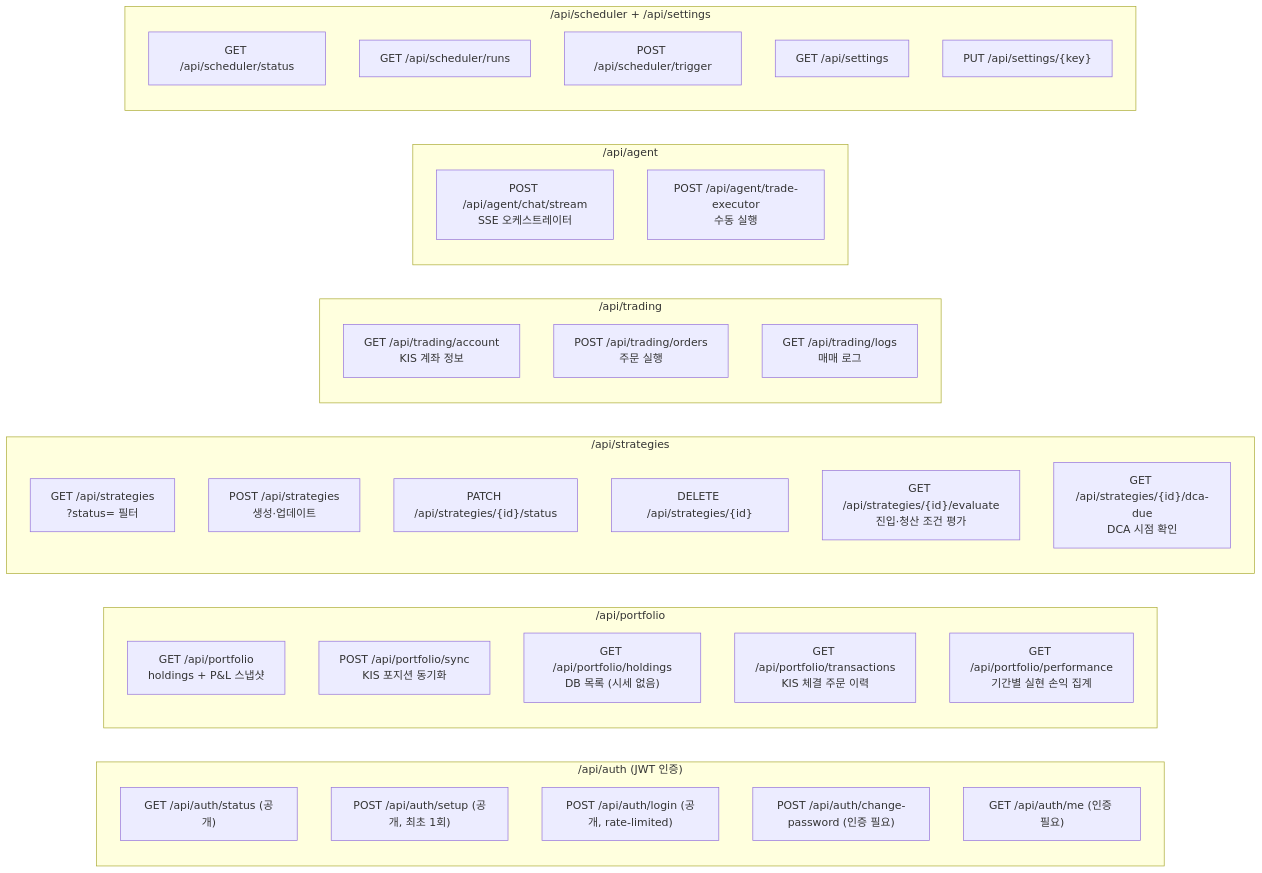
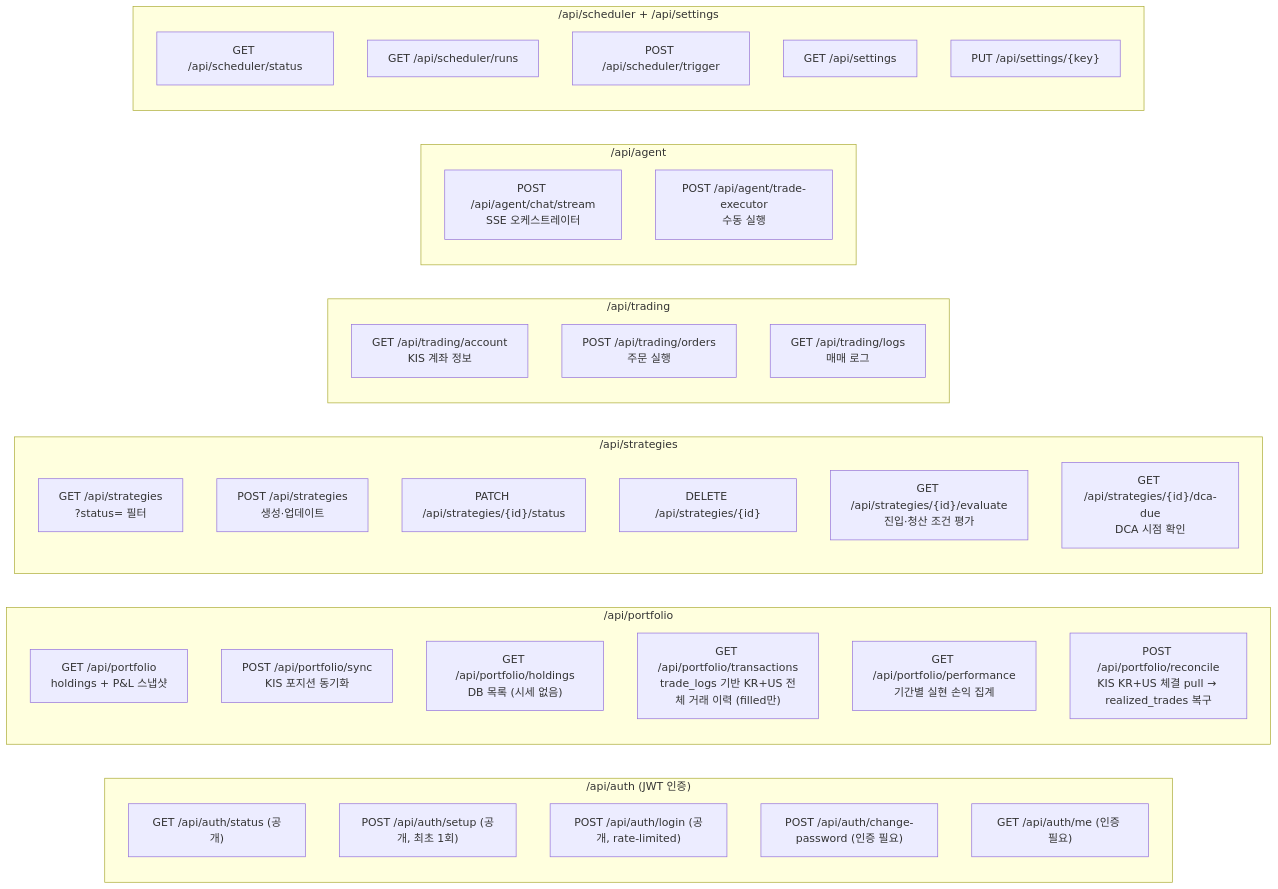
One commit to yogurt-c/auto-trading changed the fourth of 5 diagrams in .claude/docs/architecture-ddd.md. Above: the diagram before and after it, drawn with Mermaid. The commit also changed 21 other files, not shown here.

First line of the commit message:
Feat: KIS 체결 내역 기반 realized_trades 복구(reconcile) 기능 추가

````diff
--- a/.claude/docs/architecture-ddd.md
+++ b/.claude/docs/architecture-ddd.md
@@ -162,46 +162,47 @@
 ```mermaid
 graph LR
     subgraph auth["/api/auth (JWT 인증)"]
         AU1["GET /api/auth/status (공개)"]
         AU2["POST /api/auth/setup (공개, 최초 1회)"]
         AU3["POST /api/auth/login (공개, rate-limited)"]
         AU4["POST /api/auth/change-password (인증 필요)"]
         AU5["GET /api/auth/me (인증 필요)"]
     end
 
     subgraph portfolio["/api/portfolio"]
         P1["GET /api/portfolio<br/>holdings + P&L 스냅샷"]
         P2["POST /api/portfolio/sync<br/>KIS 포지션 동기화"]
         P3["GET /api/portfolio/holdings<br/>DB 목록 (시세 없음)"]
-        P4["GET /api/portfolio/transactions<br/>KIS 체결 주문 이력"]
+        P4["GET /api/portfolio/transactions<br/>trade_logs 기반 KR+US 전체 거래 이력 (filled만)"]
         P5["GET /api/portfolio/performance<br/>기간별 실현 손익 집계"]
+        P6["POST /api/portfolio/reconcile<br/>KIS KR+US 체결 pull → realized_trades 복구"]
     end
 
     subgraph strategies["/api/strategies"]
         S1["GET /api/strategies<br/>?status= 필터"]
         S2["POST /api/strategies<br/>생성·업데이트"]
         S3["PATCH /api/strategies/{id}/status"]
         S4["DELETE /api/strategies/{id}"]
         S5["GET /api/strategies/{id}/evaluate<br/>진입·청산 조건 평가"]
         S6["GET /api/strategies/{id}/dca-due<br/>DCA 시점 확인"]
     end
 
     subgraph trading["/api/trading"]
         T1["GET /api/trading/account<br/>KIS 계좌 정보"]
         T2["POST /api/trading/orders<br/>주문 실행"]
         T3["GET /api/trading/logs<br/>매매 로그"]
     end
 
     subgraph agent["/api/agent"]
         A1["POST /api/agent/chat/stream<br/>SSE 오케스트레이터"]
         A2["POST /api/agent/trade-executor<br/>수동 실행"]
     end
 
     subgraph sched["/api/scheduler + /api/settings"]
         SC1["GET /api/scheduler/status"]
         SC2["GET /api/scheduler/runs"]
         SC3["POST /api/scheduler/trigger"]
         SC4["GET /api/settings"]
         SC5["PUT /api/settings/{key}"]
     end
 ```
````
